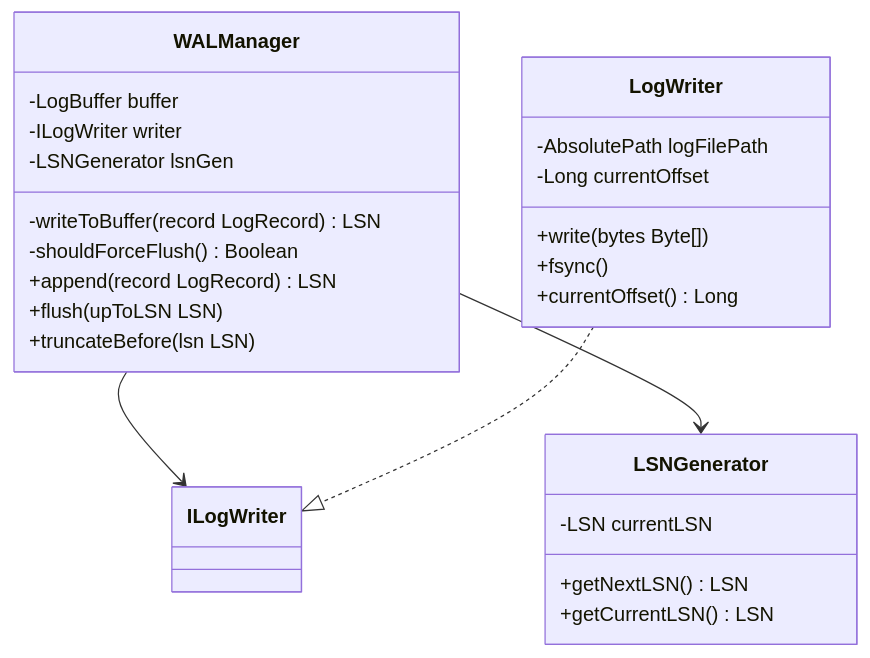
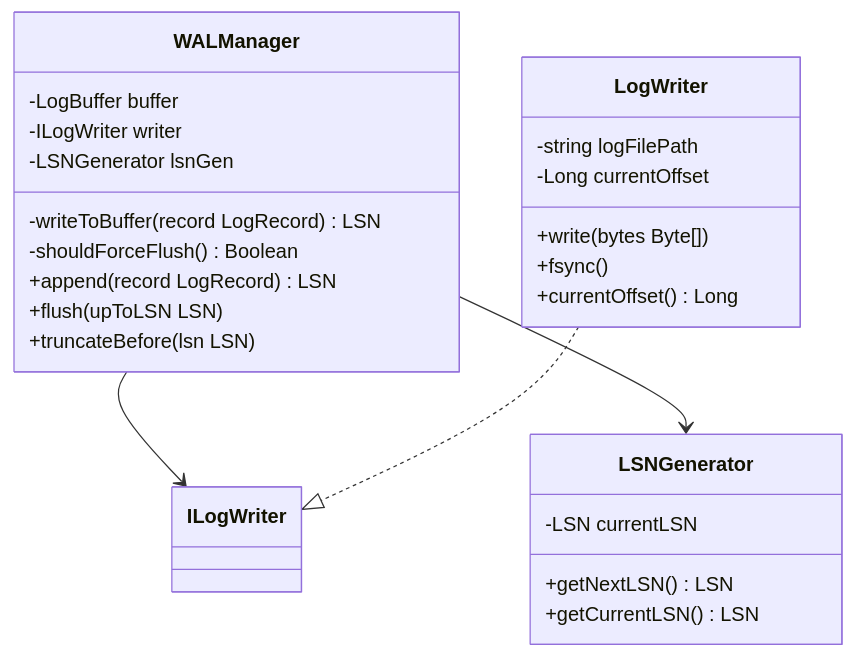
The sixth of 10 diagrams in README.md (Hagiakhanh/bbv-dbms), drawn with Mermaid before and after one commit. The commit also changed other lines of this file and 128 other files, not shown here.

````diff
--- a/README.md
+++ b/README.md
@@ -610,32 +610,32 @@
 ```mermaid
 classDiagram
 
     class WALManager {
         -LogBuffer buffer
         -ILogWriter writer
         -LSNGenerator lsnGen
         -writeToBuffer(record LogRecord) LSN
         -shouldForceFlush() Boolean
         +append(record LogRecord) LSN
         +flush(upToLSN LSN)
         +truncateBefore(lsn LSN)
     }
 
     class LogWriter {
-        -AbsolutePath logFilePath
+        -string logFilePath
         -Long currentOffset
         +write(bytes Byte[])
         +fsync()
         +currentOffset() Long
     }
 
     class LSNGenerator {
         -LSN currentLSN
         +getNextLSN() LSN
         +getCurrentLSN() LSN
     }
 
     WALManager --> ILogWriter
     WALManager --> LSNGenerator
     LogWriter ..|> ILogWriter
 ```
````
